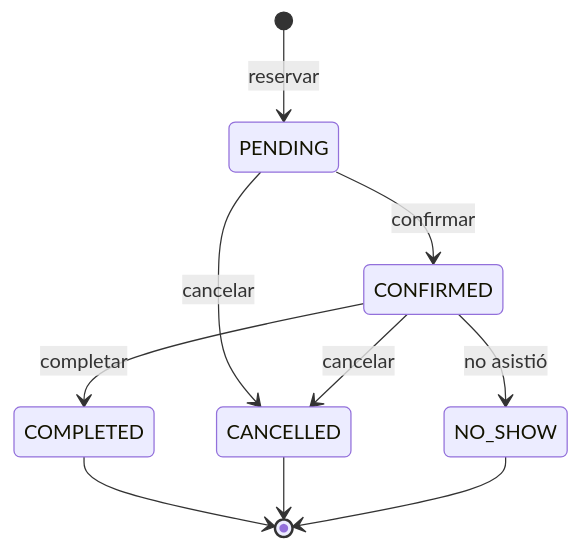
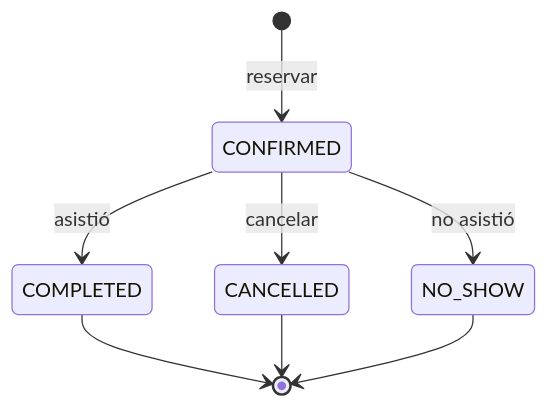
The second of 2 diagrams in docs/architecture/domain-model.md (kevinjdk/ozin), drawn with Mermaid before and after one commit. The commit also changed other lines of this file and 2 other files, not shown here.

Commit message:
docs: update business rules and user stories for the new booking flow

````diff
--- a/docs/architecture/domain-model.md
+++ b/docs/architecture/domain-model.md
@@ -61,12 +61,10 @@
 ```mermaid
 stateDiagram-v2
-    [*] --> PENDING : reservar
-    PENDING --> CONFIRMED : confirmar
-    PENDING --> CANCELLED : cancelar
+    [*] --> CONFIRMED : reservar
     CONFIRMED --> CANCELLED : cancelar
-    CONFIRMED --> COMPLETED : completar
+    CONFIRMED --> COMPLETED : asistió
     CONFIRMED --> NO_SHOW : no asistió
     COMPLETED --> [*]
     CANCELLED --> [*]
     NO_SHOW --> [*]
 ```
````
